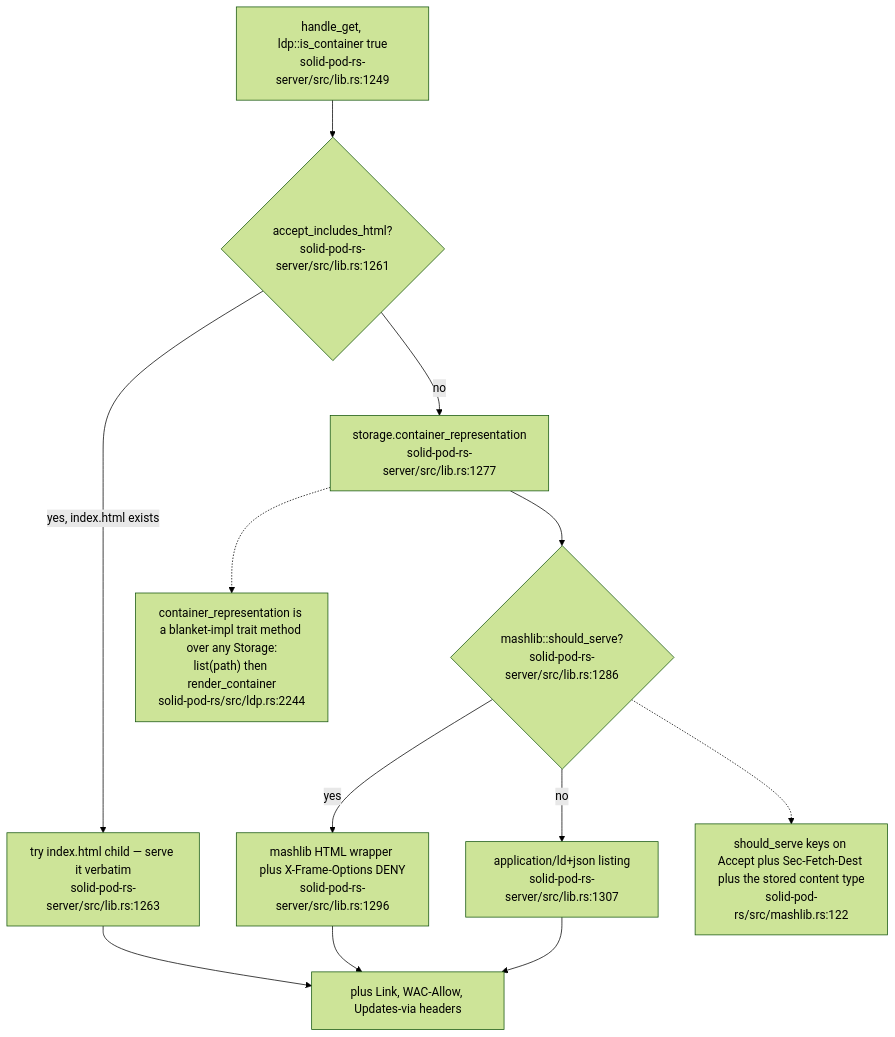
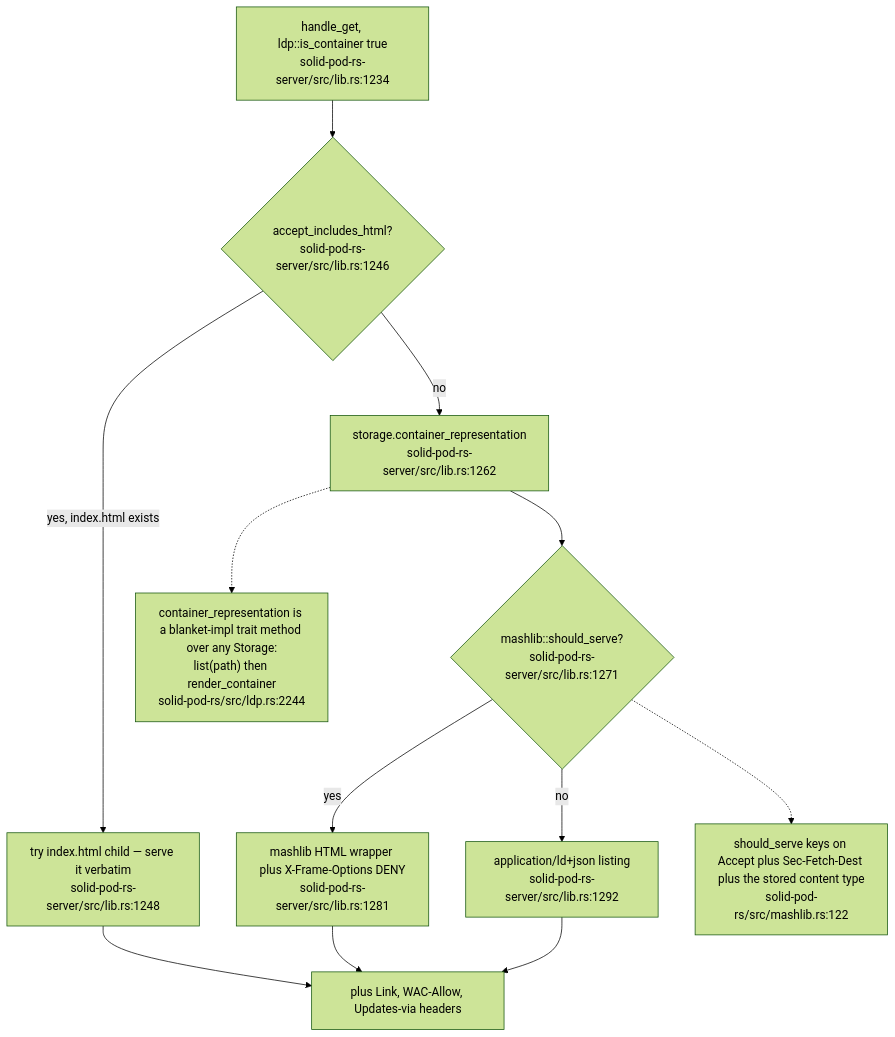
One commit to DreamLab-AI/VisionFlow changed the second of 11 diagrams in docs/diagrams/solid-pod-rs/03-ldp-request-lifecycle.md. Above: the diagram before and after it, drawn with Mermaid (forest theme). The commit also changed other lines of this file and 21 other files, not shown here.

Commit message:
docs(diagrams): refresh first verified estate batch

````diff
--- a/docs/diagrams/solid-pod-rs/03-ldp-request-lifecycle.md
+++ b/docs/diagrams/solid-pod-rs/03-ldp-request-lifecycle.md
@@ -54,24 +54,24 @@
 ```mermaid
 flowchart TD
-    START["handle_get, ldp::is_container true<br/>solid-pod-rs-server/src/lib.rs:1249"]
-    HTML{"accept_includes_html?<br/>solid-pod-rs-server/src/lib.rs:1261"}
-    IDX["try index.html child — serve it verbatim<br/>solid-pod-rs-server/src/lib.rs:1263"]
-    REP["storage.container_representation<br/>solid-pod-rs-server/src/lib.rs:1277"]
-    MASH{"mashlib::should_serve?<br/>solid-pod-rs-server/src/lib.rs:1286"}
-    MHTML["mashlib HTML wrapper plus X-Frame-Options DENY<br/>solid-pod-rs-server/src/lib.rs:1296"]
-    JSONLD["application/ld+json listing<br/>solid-pod-rs-server/src/lib.rs:1307"]
+    START["handle_get, ldp::is_container true<br/>solid-pod-rs-server/src/lib.rs:1234"]
+    HTML{"accept_includes_html?<br/>solid-pod-rs-server/src/lib.rs:1246"}
+    IDX["try index.html child — serve it verbatim<br/>solid-pod-rs-server/src/lib.rs:1248"]
+    REP["storage.container_representation<br/>solid-pod-rs-server/src/lib.rs:1262"]
+    MASH{"mashlib::should_serve?<br/>solid-pod-rs-server/src/lib.rs:1271"}
+    MHTML["mashlib HTML wrapper plus X-Frame-Options DENY<br/>solid-pod-rs-server/src/lib.rs:1281"]
+    JSONLD["application/ld+json listing<br/>solid-pod-rs-server/src/lib.rs:1292"]
     DONE["plus Link, WAC-Allow, Updates-via headers"]
 
     START --> HTML
     HTML -- "yes, index.html exists" --> IDX
     HTML -- no --> REP
     IDX --> DONE
     REP --> MASH
     MASH -- yes --> MHTML --> DONE
     MASH -- no --> JSONLD --> DONE
 
     N["container_representation is a blanket-impl trait method over any Storage:<br/>list(path) then render_container<br/>solid-pod-rs/src/ldp.rs:2244"]
     REP -.-> N
     N2["should_serve keys on Accept plus Sec-Fetch-Dest plus the stored content type<br/>solid-pod-rs/src/mashlib.rs:122"]
     MASH -.-> N2
 ```
````
